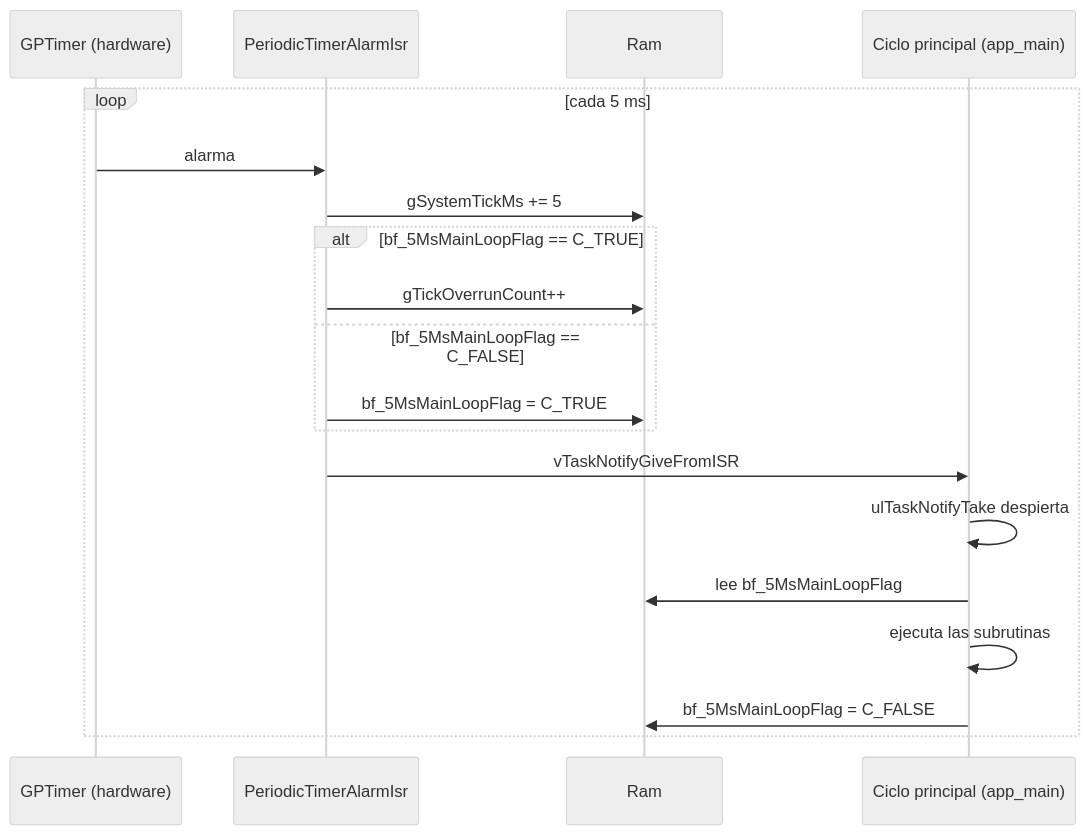
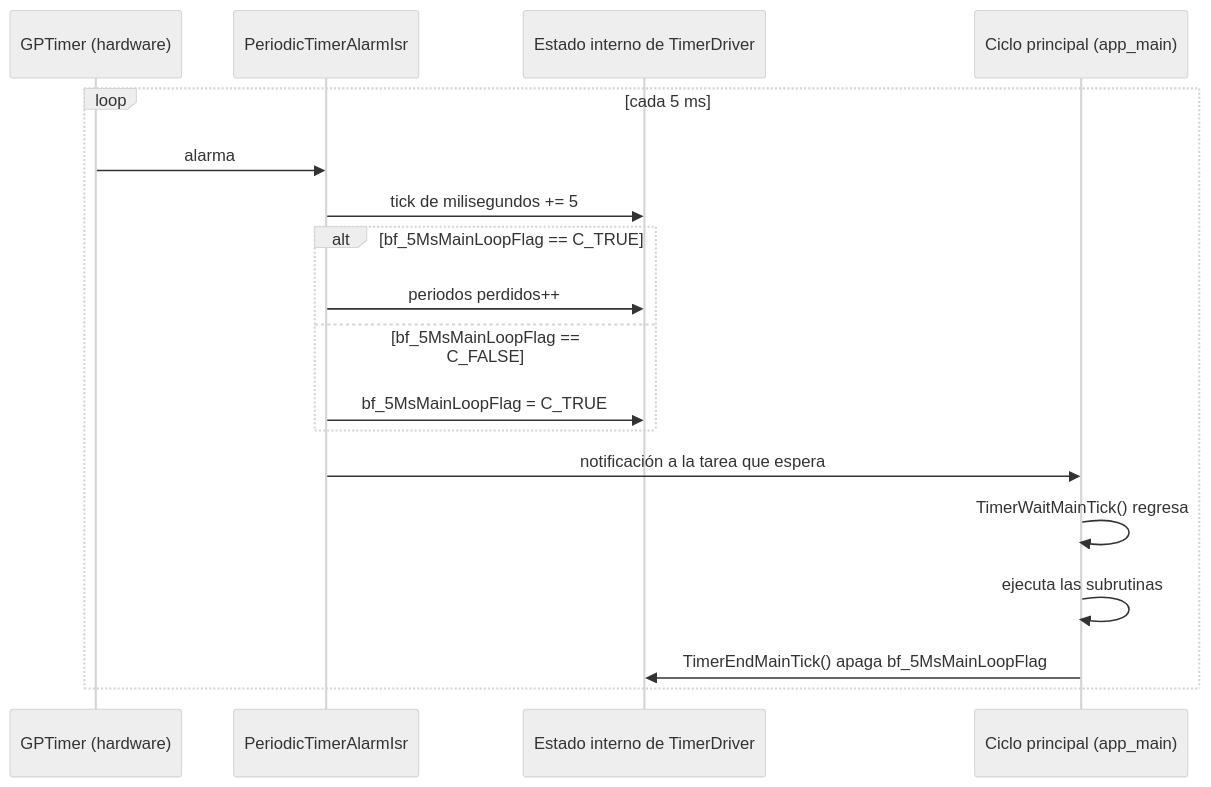
One commit to rodgutzal/Airsoft-MultipurposeGameModeTool changed the fifth of 6 diagrams in Sw/README.md. Above: the diagram before and after it, drawn with Mermaid (neutral theme). The commit also changed other lines of this file and 8 other files, not shown here.

Commit message:
Refactor de encapsulamiento: TimerDriver con estado privado, arranque unico y Ram reducida al modelo

````diff
--- a/Sw/README.md
+++ b/Sw/README.md
@@ -205,21 +209,20 @@
 ```mermaid
 sequenceDiagram
   participant T as GPTimer (hardware)
   participant ISR as PeriodicTimerAlarmIsr
-  participant R as Ram
+  participant S as Estado interno de TimerDriver
   participant L as Ciclo principal (app_main)
   loop cada 5 ms
     T->>ISR: alarma
-    ISR->>R: gSystemTickMs += 5
+    ISR->>S: tick de milisegundos += 5
     alt bf_5MsMainLoopFlag == C_TRUE
-      ISR->>R: gTickOverrunCount++
+      ISR->>S: periodos perdidos++
     else bf_5MsMainLoopFlag == C_FALSE
-      ISR->>R: bf_5MsMainLoopFlag = C_TRUE
+      ISR->>S: bf_5MsMainLoopFlag = C_TRUE
     end
-    ISR->>L: vTaskNotifyGiveFromISR
-    L->>L: ulTaskNotifyTake despierta
-    L->>R: lee bf_5MsMainLoopFlag
+    ISR->>L: notificación a la tarea que espera
+    L->>L: TimerWaitMainTick() regresa
     L->>L: ejecuta las subrutinas
-    L->>R: bf_5MsMainLoopFlag = C_FALSE
+    L->>S: TimerEndMainTick() apaga bf_5MsMainLoopFlag
   end
 ```
````
